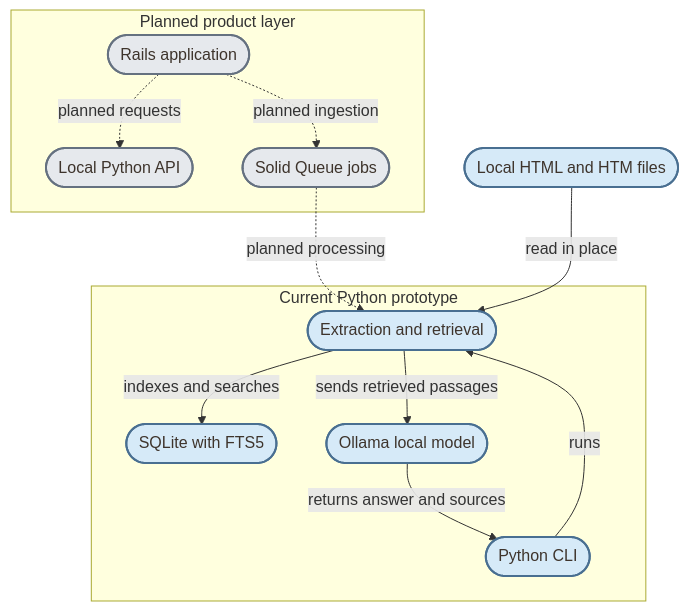
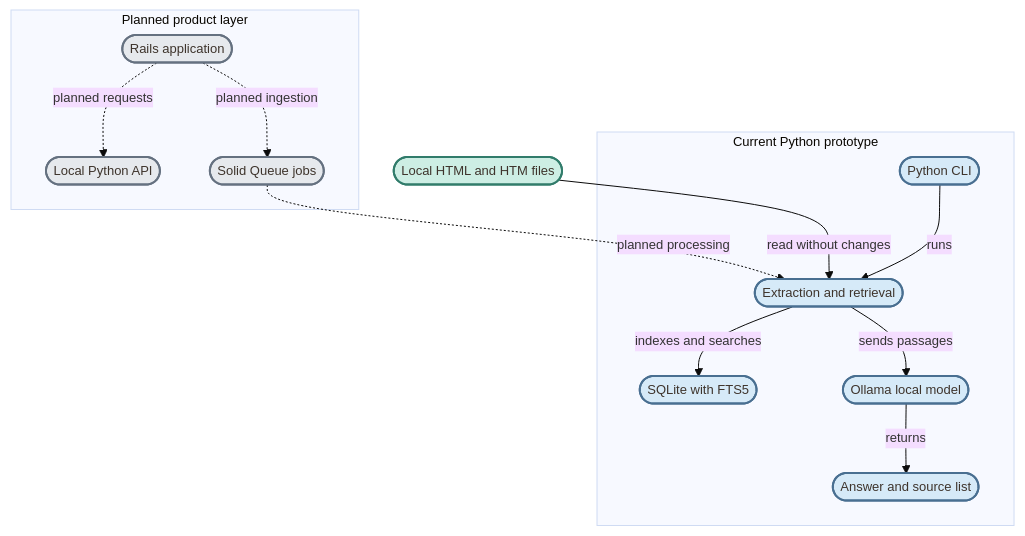
Before and after one commit to enogrob/project-ground: the diagram in README.md, drawn with Mermaid. The commit also changed other lines of this file, not shown here.

````diff
--- a/README.md
+++ b/README.md
@@ -28,31 +45,35 @@
 ```mermaid
+%%{init: {"theme":"base","themeVariables":{"fontSize":"13px"},"flowchart":{"wrappingWidth":200,"minNodeWidth":0,"padding":8}}}%%
 flowchart TD
     Sources(["Local HTML and HTM files"])
 
     subgraph Prototype["Current Python prototype"]
         CLI(["Python CLI"])
         Core(["Extraction and retrieval"])
         Index(["SQLite with FTS5"])
         Model(["Ollama local model"])
+        Output(["Answer and source list"])
         CLI -->|runs| Core
         Core -->|indexes and searches| Index
-        Core -->|sends retrieved passages| Model
+        Core -->|sends passages| Model
+        Model -->|returns| Output
     end
 
     subgraph Product["Planned product layer"]
         Rails(["Rails application"])
         API(["Local Python API"])
         Queue(["Solid Queue jobs"])
         Rails -.->|planned requests| API
         Rails -.->|planned ingestion| Queue
         Queue -.->|planned processing| Core
     end
 
-    Sources -->|read in place| Core
-    Model -->|returns answer and sources| CLI
+    Sources -->|read without changes| Core
 
     classDef current fill:#D6EAF8,stroke:#496F91,color:#3E342C,stroke-width:2px;
+    classDef source fill:#CDEEE4,stroke:#317C6B,color:#3E342C,stroke-width:2px;
     classDef planned fill:#E6E9ED,stroke:#657180,color:#3E342C,stroke-width:2px;
-    class Sources,CLI,Core,Index,Model current;
+    class Sources source;
+    class CLI,Core,Index,Model,Output current;
     class Rails,API,Queue planned;
 ```
````
